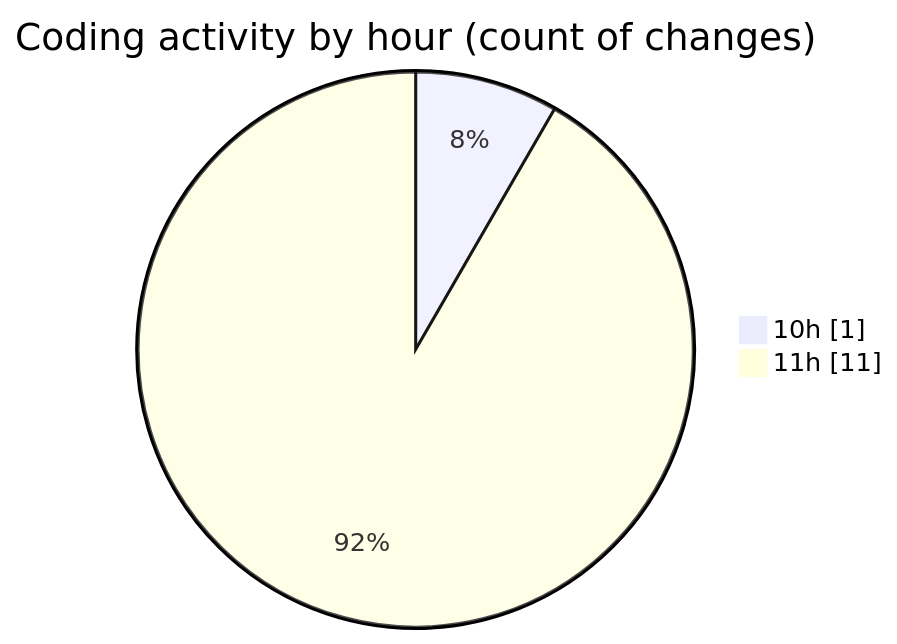
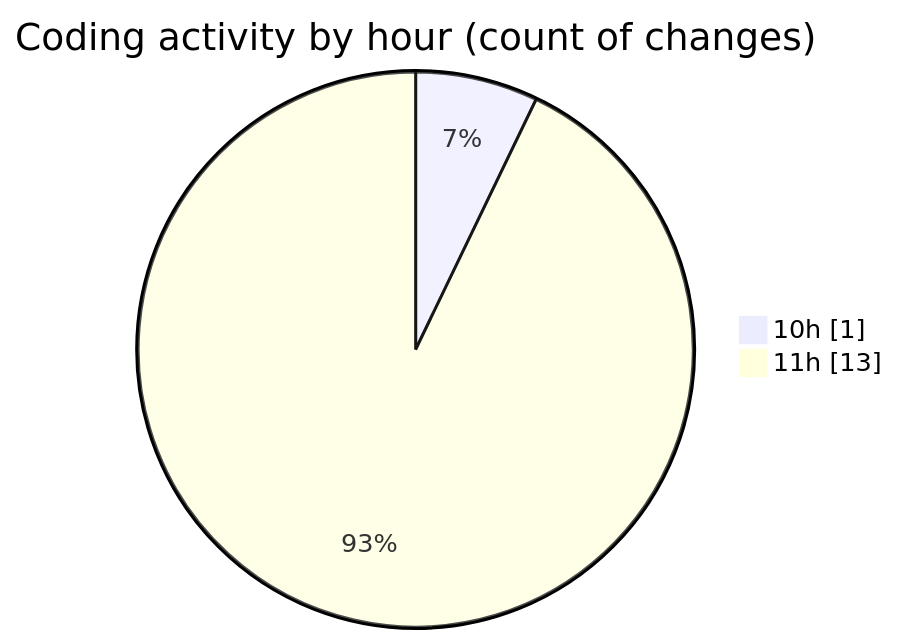
The second of 2 diagrams in 2025-10-03/untitled__workspace_/README.md (debugP/code-tracking), drawn with Mermaid before and after one commit. The commit also changed other lines of this file and 1 other file, not shown here.

````diff
--- a/2025-10-03/untitled__workspace_/README.md
+++ b/2025-10-03/untitled__workspace_/README.md
@@ -28,6 +28,6 @@
 ```mermaid
 pie showData
 title Coding activity by hour (count of changes)
 "10h" : 1
-"11h" : 11
+"11h" : 13
 ```
````
